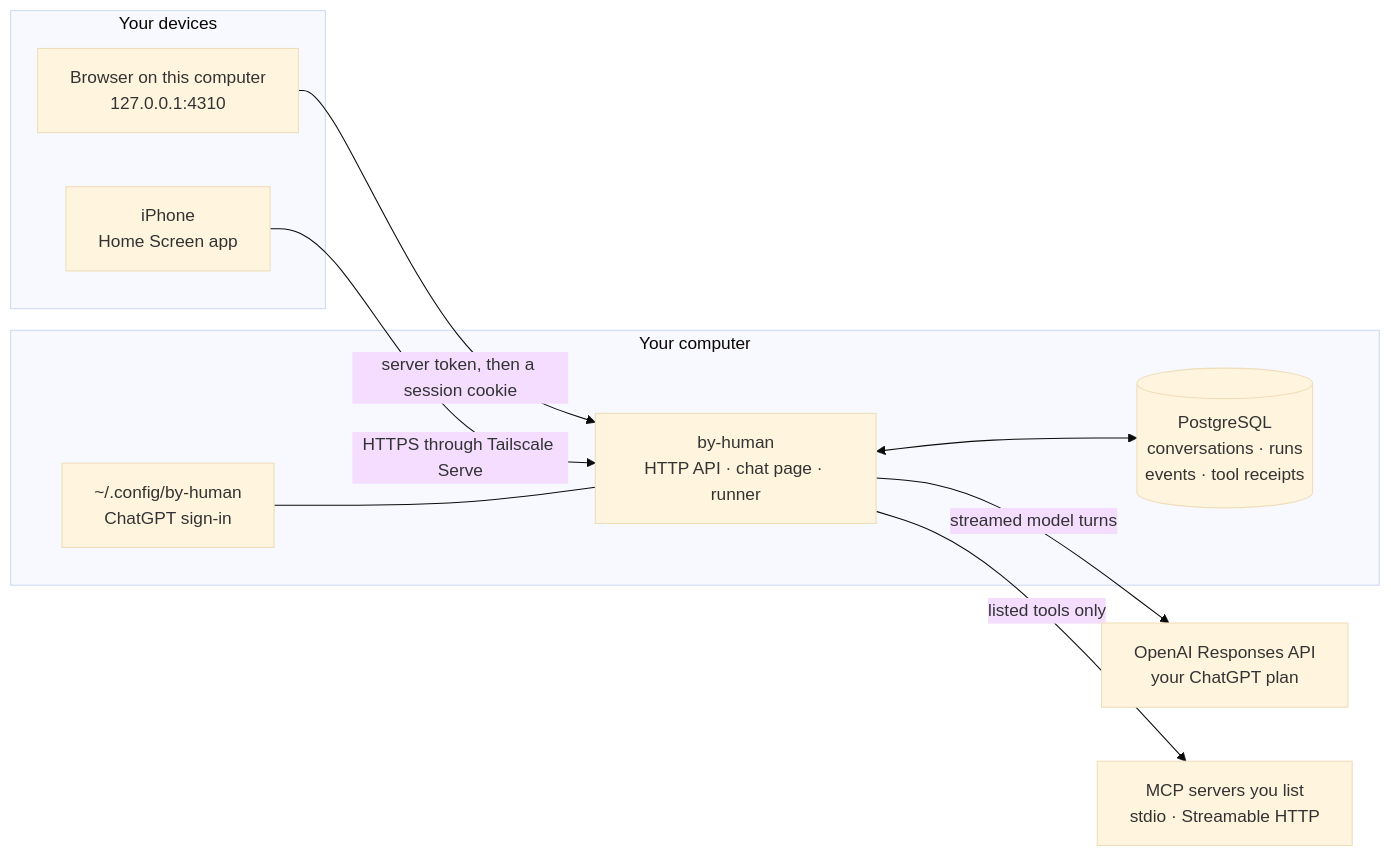
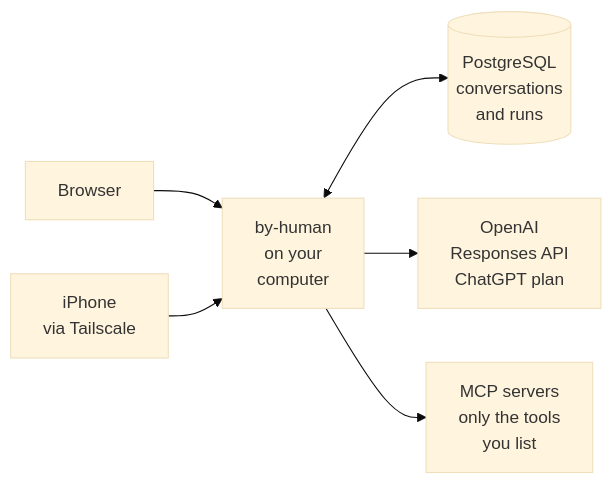
One commit to kandotrun/by-human changed the diagram in README.md. Above: the diagram before and after it, drawn with Mermaid (base theme). The commit also changed 1 other file, not shown here.

Commit message:
docs: draw the README diagram as a compact left-to-right flow
GitHub draws Mermaid at full size and wraps node text at about 15
characters. The earlier diagram either shrank under GitHub's diagram
controls or grew to 1100px tall. Three short columns (devices, by-human,
what it uses) stay readable, and the text below explains the details.

````diff
--- a/README.md
+++ b/README.md
@@ -184,21 +184,8 @@
 ```mermaid
 flowchart LR
-    subgraph devices["Your devices"]
-        browser["Browser on this computer<br>127.0.0.1:4310"]
-        phone["iPhone<br>Home Screen app"]
-    end
-    subgraph computer["Your computer"]
-        server["by-human<br>HTTP API · chat page · runner"]
-        db[("PostgreSQL<br>conversations · runs<br>events · tool receipts")]
-        login["~/.config/by-human<br>ChatGPT sign-in"]
-    end
-    openai["OpenAI Responses API<br>your ChatGPT plan"]
-    tools["MCP servers you list<br>stdio · Streamable HTTP"]
-
-    browser -->|"server token, then a session cookie"| server
-    phone -->|"HTTPS through Tailscale Serve"| server
-    server <--> db
-    login --- server
-    server -->|"streamed model turns"| openai
-    server -->|"listed tools only"| tools
+    browser["Browser"] --> server
+    phone["iPhone<br>via Tailscale"] --> server
+    server["by-human<br>on your<br>computer"] <--> db[("PostgreSQL<br>conversations<br>and runs")]
+    server --> openai["OpenAI<br>Responses API<br>ChatGPT plan"]
+    server --> tools["MCP servers<br>only the tools<br>you list"]
 ```
````
